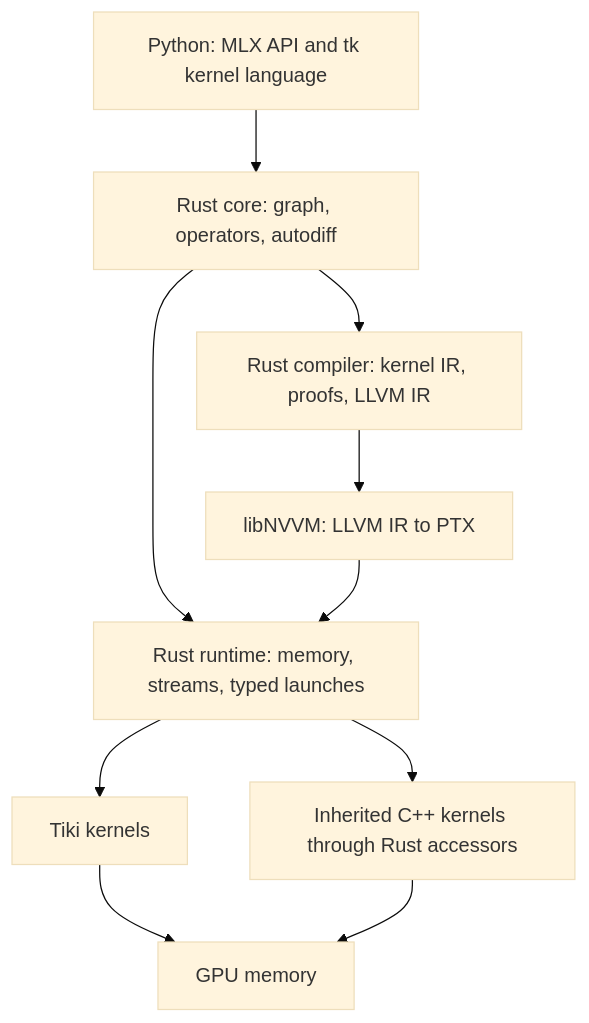
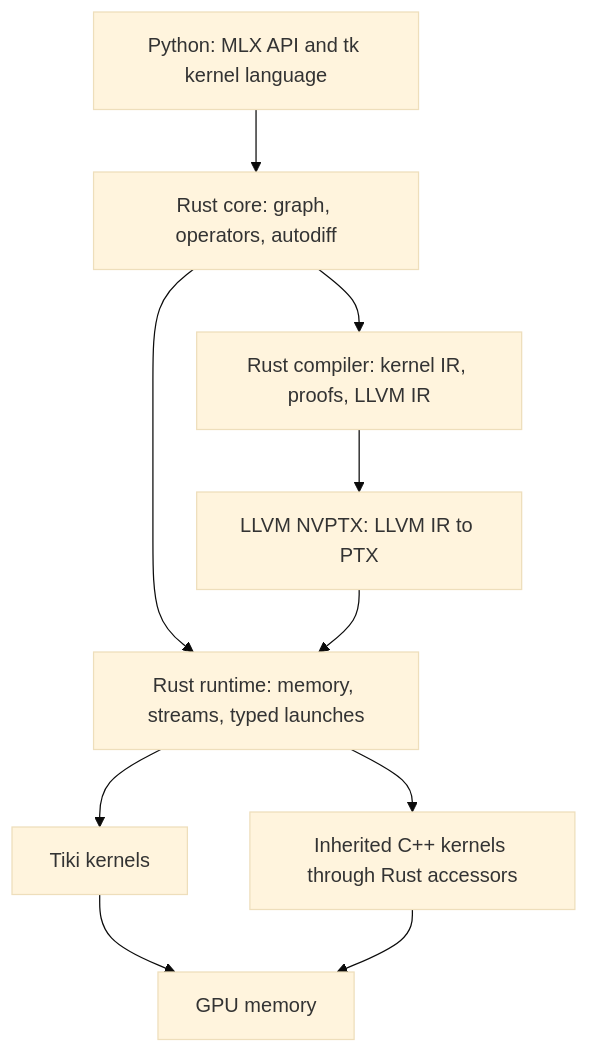
Before and after one commit to dedalus-labs/tiki: the diagram in experiments/rust_backend/DECISION-2026-09-05.md, drawn with Mermaid (base theme). The commit also changed other lines of this file and 1 other file, not shown here.

First line of the commit message:
docs(rust_backend): generate PTX with upstream LLVM NVPTX

````diff
--- a/experiments/rust_backend/DECISION-2026-09-05.md
+++ b/experiments/rust_backend/DECISION-2026-09-05.md
@@ -71,12 +72,12 @@
 ```mermaid
 flowchart TB
     python[Python: MLX API and tk kernel language] --> core[Rust core: graph, operators, autodiff]
     core --> compiler[Rust compiler: kernel IR, proofs, LLVM IR]
-    compiler --> nvvm[libNVVM: LLVM IR to PTX]
+    compiler --> nvvm[LLVM NVPTX: LLVM IR to PTX]
     core --> runtime[Rust runtime: memory, streams, typed launches]
     nvvm --> runtime
     runtime --> kernels[Tiki kernels]
     runtime --> legacy[Inherited C++ kernels through Rust accessors]
     kernels --> gpu[GPU memory]
     legacy --> gpu
 ```
````
